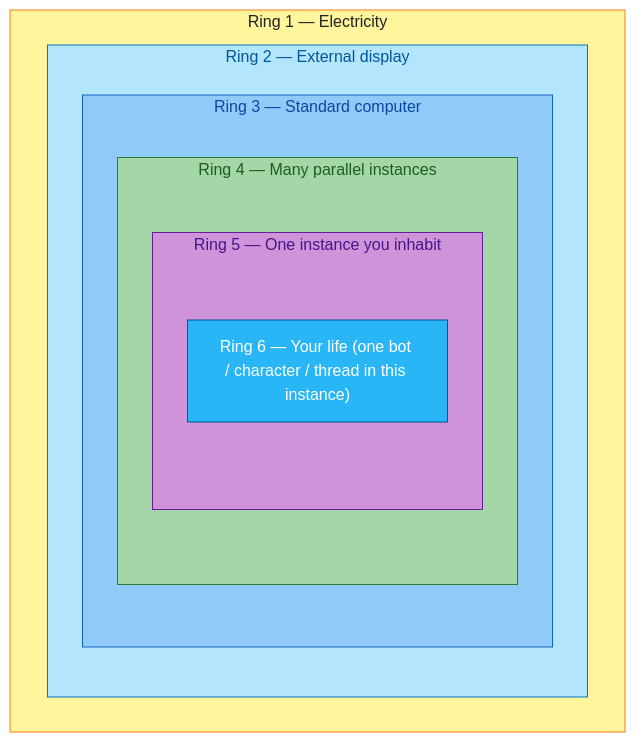
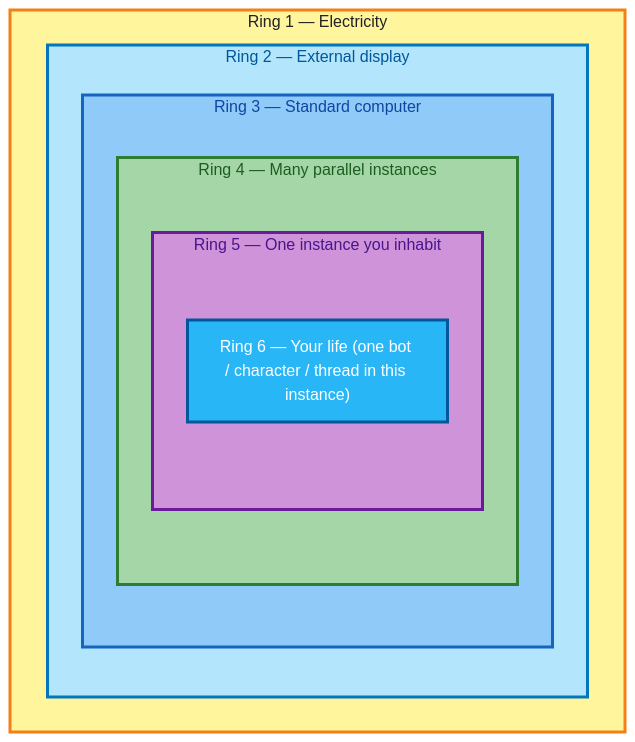
The first of 3 diagrams in life-theories/life-game-structure.md (gardusig/notes), drawn with Mermaid before and after one commit. The commit also changed other lines of this file, not shown here.

````diff
--- a/life-theories/life-game-structure.md
+++ b/life-theories/life-game-structure.md
@@ -13,21 +13,21 @@
 ```mermaid
 flowchart TB
   subgraph ringPower [Ring 1 — Electricity]
     subgraph ringDisplay [Ring 2 — External display]
       subgraph ringComputer [Ring 3 — Standard computer]
         subgraph ringManyInstances [Ring 4 — Many parallel instances]
           subgraph ringOneInstance [Ring 5 — One instance you inhabit]
             ringYou["Ring 6 — Your life (one bot / character / thread in this instance)"]
           end
         end
       end
     end
   end
 
-  style ringPower fill:#fff59d,stroke:#f57f17,color:#212121
-  style ringDisplay fill:#b3e5fc,stroke:#0277bd,color:#01579b
-  style ringComputer fill:#90caf9,stroke:#1565c0,color:#0d47a1
-  style ringManyInstances fill:#a5d6a7,stroke:#2e7d32,color:#1b5e20
-  style ringOneInstance fill:#ce93d8,stroke:#6a1b9a,color:#4a148c
-  style ringYou fill:#29b6f6,stroke:#01579b,color:#fff
+  style ringPower fill:#fff59d,stroke:#f57f17,color:#212121,stroke-width:3px
+  style ringDisplay fill:#b3e5fc,stroke:#0277bd,color:#01579b,stroke-width:3px
+  style ringComputer fill:#90caf9,stroke:#1565c0,color:#0d47a1,stroke-width:3px
+  style ringManyInstances fill:#a5d6a7,stroke:#2e7d32,color:#1b5e20,stroke-width:3px
+  style ringOneInstance fill:#ce93d8,stroke:#6a1b9a,color:#4a148c,stroke-width:3px
+  style ringYou fill:#29b6f6,stroke:#01579b,color:#fff,stroke-width:3px
 ```
````
